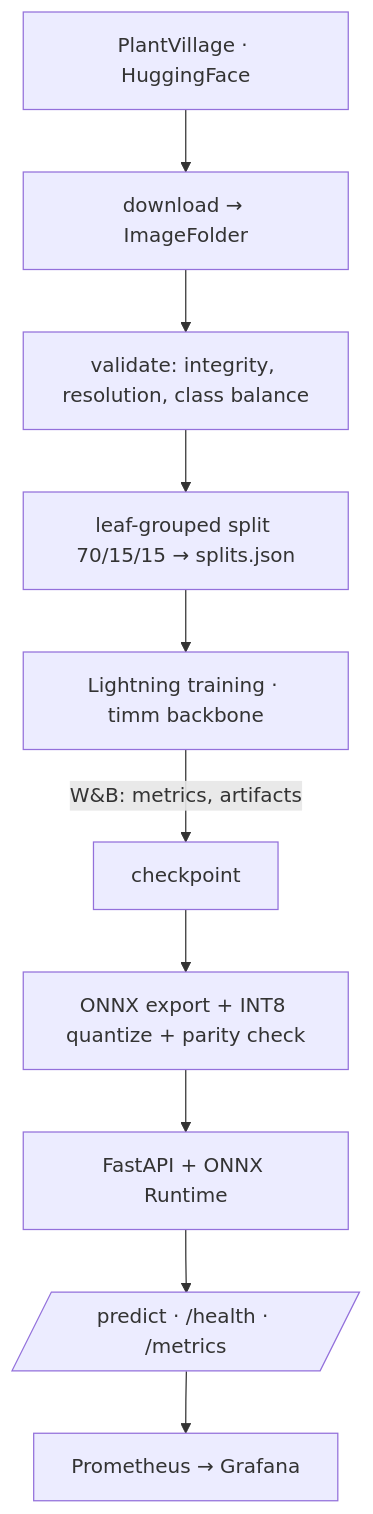
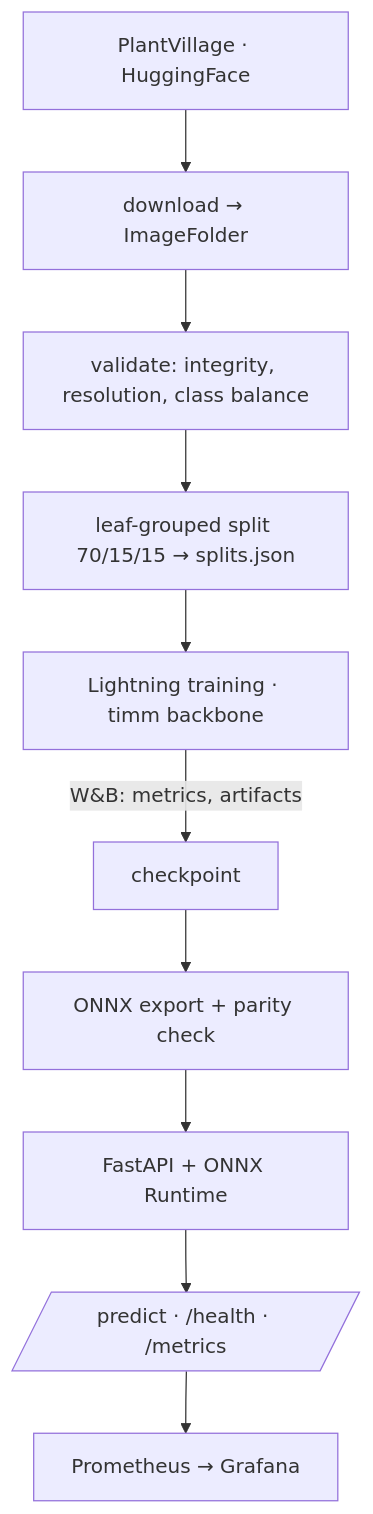
Before and after one commit to abhinav7289A/CropGuard: the diagram in README.md, drawn with Mermaid. The commit also changed other lines of this file and 4 other files, not shown here.

````diff
--- a/README.md
+++ b/README.md
@@ -43,12 +43,12 @@
 ```mermaid
 flowchart TD
     A[PlantVillage · HuggingFace] --> B[download → ImageFolder]
     B --> C[validate: integrity, resolution, class balance]
     C --> D[leaf-grouped split 70/15/15 → splits.json]
     D --> E[Lightning training · timm backbone]
     E -->|W&B: metrics, artifacts| F[checkpoint]
-    F --> G[ONNX export + INT8 quantize + parity check]
+    F --> G[ONNX export + parity check]
     G --> H[FastAPI + ONNX Runtime]
     H --> I[/predict · /health · /metrics/]
     I --> J[Prometheus → Grafana]
 ```
````
